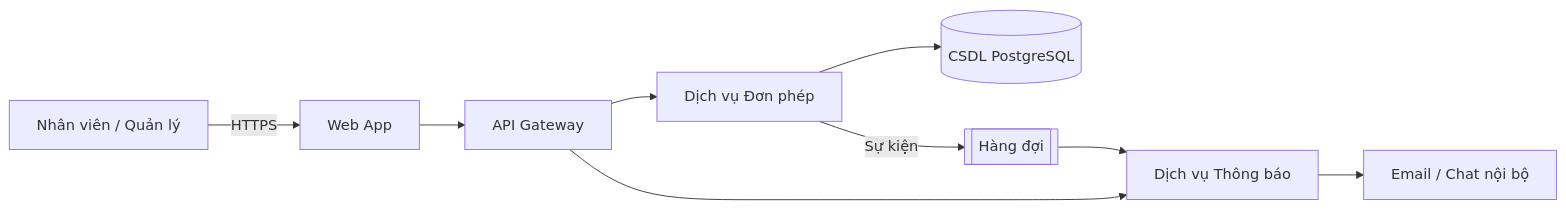
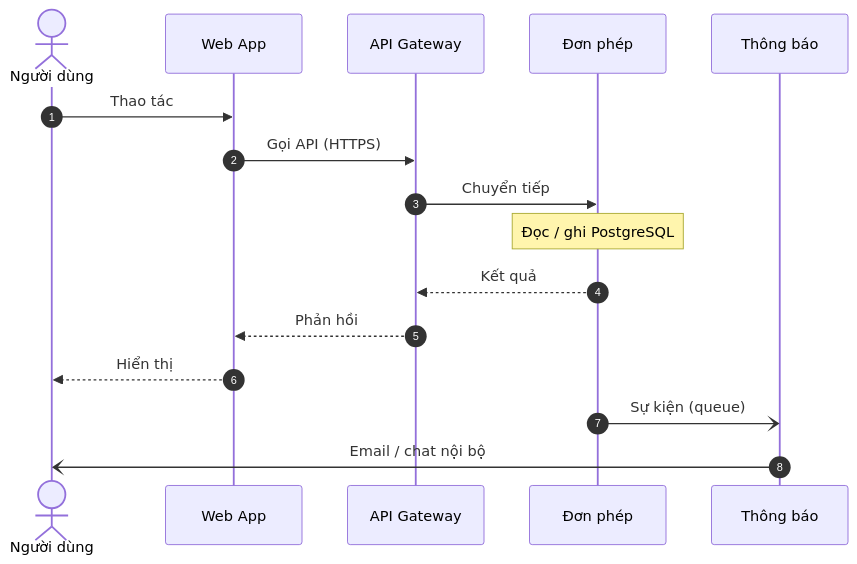
The first of 5 diagrams in public/samples/srs-mau.md (quangns/readmd), drawn with Mermaid before and after one commit. The commit also changed other lines of this file and 1 other file, not shown here.

Commit message:
Chuyển sơ đồ kiến trúc sang sequence diagram, trình bày sequence gọn hơn
- Hình 1 (kiến trúc): thay flowchart ngang 1606px (chữ chỉ còn ~6px) bằng
  sequence diagram 5 cột mô tả luồng xử lý qua các thành phần
- Hình 2: rút gọn tên participant và nhãn message, bước kiểm tra chuyển
  thành Note trải 2 cột, nhánh alt gọn hơn
- Cấu hình sequence: cột 118px, cách 30px, tự xuống dòng nhãn dài, cỡ chữ
  13px đồng đều để sơ đồ vừa khổ A4 mà chữ hiển thị vẫn ~12px

````diff
--- a/public/samples/srs-mau.md
+++ b/public/samples/srs-mau.md
@@ -35,12 +35,19 @@
 ```mermaid
-%% caption: Kiến trúc tổng quan các thành phần
-flowchart LR
-    U[Nhân viên / Quản lý] -->|HTTPS| W[Web App]
-    W --> G[API Gateway]
-    G --> A[Dịch vụ Đơn phép]
-    G --> N[Dịch vụ Thông báo]
-    A --> D[(CSDL PostgreSQL)]
-    A -->|Sự kiện| Q[[Hàng đợi]]
-    Q --> N
-    N --> M[Email / Chat nội bộ]
+%% caption: Luồng xử lý qua các thành phần hệ thống
+sequenceDiagram
+    autonumber
+    actor U as Người dùng
+    participant W as Web App
+    participant G as API Gateway
+    participant A as Đơn phép
+    participant N as Thông báo
+    U->>W: Thao tác
+    W->>G: Gọi API (HTTPS)
+    G->>A: Chuyển tiếp
+    Note over A: Đọc / ghi PostgreSQL
+    A-->>G: Kết quả
+    G-->>W: Phản hồi
+    W-->>U: Hiển thị
+    A-)N: Sự kiện (queue)
+    N-)U: Email / chat nội bộ
 ```
````
